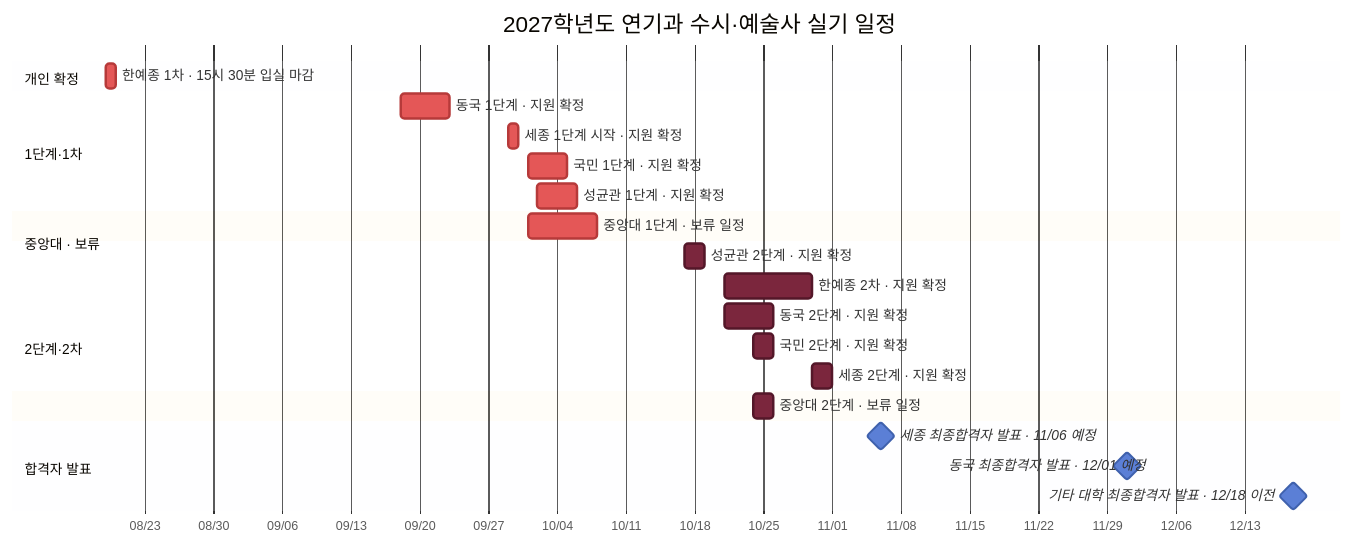
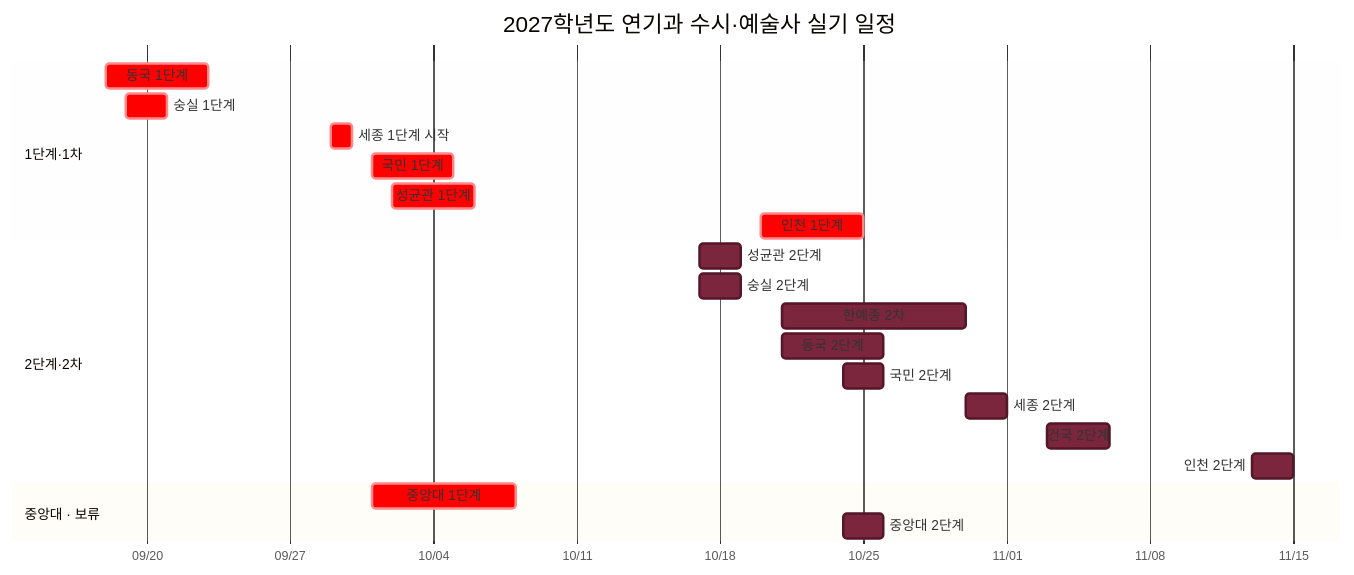
The diagram in 정리/입시/2027 연기과 시험 일정 그래프.md (Aera0512/Base_), drawn with Mermaid before and after one commit. The commit also changed other lines of this file and 1 other file, not shown here.

````diff
--- a/정리/입시/2027 연기과 시험 일정 그래프.md
+++ b/정리/입시/2027 연기과 시험 일정 그래프.md
@@ -22,34 +23,29 @@
 ```mermaid
-%%{init: {"theme":"base","themeVariables":{"taskBkgColor":"#5B7FD6","taskBorderColor":"#3F61AD","critBkgColor":"#E45757","critBorderColor":"#B63A3A","doneTaskBkgColor":"#7B263D","doneTaskBorderColor":"#541729","doneTaskTextColor":"#FFFFFF"}}}%%
+%%{init: {"theme":"base","themeVariables":{"taskBkgColor":"#E45757","taskBorderColor":"#B63A3A","doneTaskBkgColor":"#7B263D","doneTaskBorderColor":"#541729","doneTaskTextColor":"#FFFFFF"}}}%%
 gantt
     title 2027학년도 연기과 수시·예술사 실기 일정
     dateFormat  YYYY-MM-DD
     axisFormat  %m/%d
 
-    section 개인 확정
-    한예종 1차 · 15시 30분 입실 마감 :crit, karts1, 2026-08-19, 1d
+    section 1단계·1차
+    동국 1단계                    :crit, dongguk1, 2026-09-18, 2026-09-23
+    숭실 1단계                    :crit, ssu1, 2026-09-19, 2026-09-21
+    세종 1단계 시작               :crit, sejong1, 2026-09-29, 1d
+    국민 1단계                    :crit, kookmin1, 2026-10-01, 2026-10-05
+    성균관 1단계                  :crit, skku1, 2026-10-02, 2026-10-06
+    인천 1단계                    :crit, inu1, 2026-10-20, 2026-10-25
 
-    section 1단계·1차
-    동국 1단계 · 지원 확정         :crit, dongguk1, 2026-09-18, 2026-09-23
-    세종 1단계 시작 · 지원 확정     :crit, sejong1, 2026-09-29, 1d
-    국민 1단계 · 지원 확정          :crit, kookmin1, 2026-10-01, 2026-10-05
-    성균관 1단계 · 지원 확정       :crit, skku1, 2026-10-02, 2026-10-06
+    section 2단계·2차
+    성균관 2단계                  :done, skku2, 2026-10-17, 2026-10-19
+    숭실 2단계                    :done, ssu2, 2026-10-17, 2026-10-19
+    한예종 2차                    :done, karts2, 2026-10-21, 2026-10-30
+    동국 2단계                    :done, dongguk2, 2026-10-21, 2026-10-26
+    국민 2단계                    :done, kookmin2, 2026-10-24, 2026-10-26
+    세종 2단계                    :done, sejong2, 2026-10-30, 2026-11-01
+    건국 2단계                    :done, konkuk2, 2026-11-03, 2026-11-06
+    인천 2단계                    :done, inu2, 2026-11-13, 2026-11-15
 
     section 중앙대 · 보류
-    중앙대 1단계 · 보류 일정        :crit, cau1, 2026-10-01, 2026-10-08
-
-    section 2단계·2차
-    성균관 2단계 · 지원 확정       :done, skku2, 2026-10-17, 2026-10-19
-    한예종 2차 · 지원 확정         :done, karts2, 2026-10-21, 2026-10-30
-    동국 2단계 · 지원 확정         :done, dongguk2, 2026-10-21, 2026-10-26
-    국민 2단계 · 지원 확정          :done, kookmin2, 2026-10-24, 2026-10-26
-    세종 2단계 · 지원 확정          :done, sejong2, 2026-10-30, 2026-11-01
-
-    section 중앙대 · 보류
-    중앙대 2단계 · 보류 일정        :done, cau2, 2026-10-24, 2026-10-26
-
-    section 합격자 발표
-    세종 최종합격자 발표 · 11/06 예정 :milestone, sejongpass, 2026-11-06, 0d
-    동국 최종합격자 발표 · 12/01 예정 :milestone, donggukpass, 2026-12-01, 0d
-    기타 대학 최종합격자 발표 · 12/18 이전 :milestone, passcommon, 2026-12-18, 0d
+    중앙대 1단계                  :crit, cau1, 2026-10-01, 2026-10-08
+    중앙대 2단계                  :done, cau2, 2026-10-24, 2026-10-26
 ```
````
